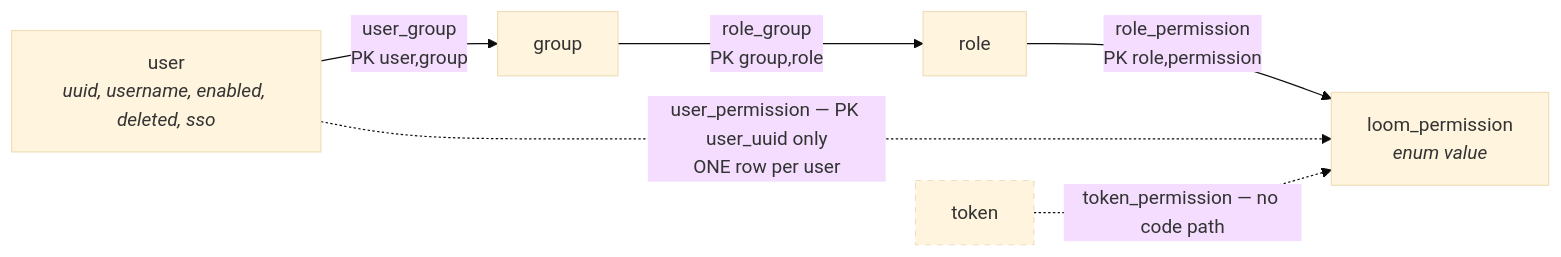
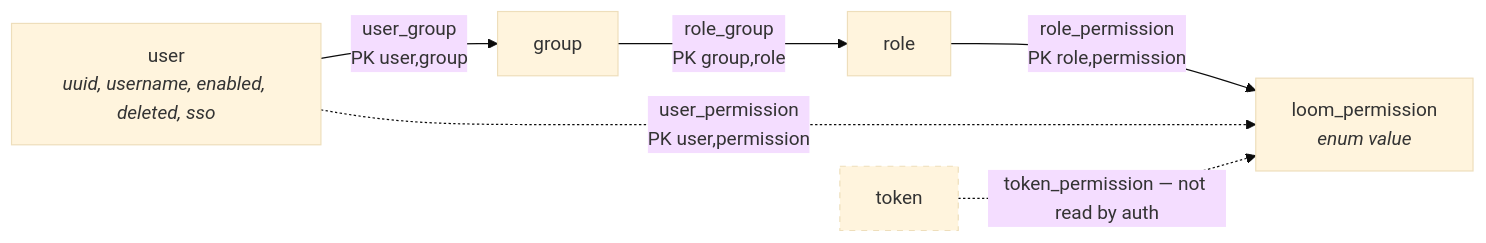
The diagram in spec/features/rbac/RBAC.md (metaloom/metaloom), drawn with Mermaid (base theme) before and after one commit. The commit also changed other lines of this file and 174 other files, not shown here.

````diff
--- a/spec/features/rbac/RBAC.md
+++ b/spec/features/rbac/RBAC.md
@@ -19,16 +19,16 @@
 ```mermaid
 graph LR
     U["user<br/><i>uuid, username, enabled, deleted, sso</i>"]
     G["group"]
     R["role"]
     P["loom_permission<br/><i>enum value</i>"]
     T["token"]
 
     U -->|user_group<br/>PK user,group| G
     G -->|role_group<br/>PK group,role| R
     R -->|role_permission<br/>PK role,permission| P
-    U -.->|user_permission — PK user_uuid only<br/>ONE row per user| P
-    T -.->|token_permission — no code path| P
+    U -.->|user_permission<br/>PK user,permission| P
+    T -.->|token_permission — not read by auth| P
 
     style T stroke-dasharray: 5 5
 ```
````
